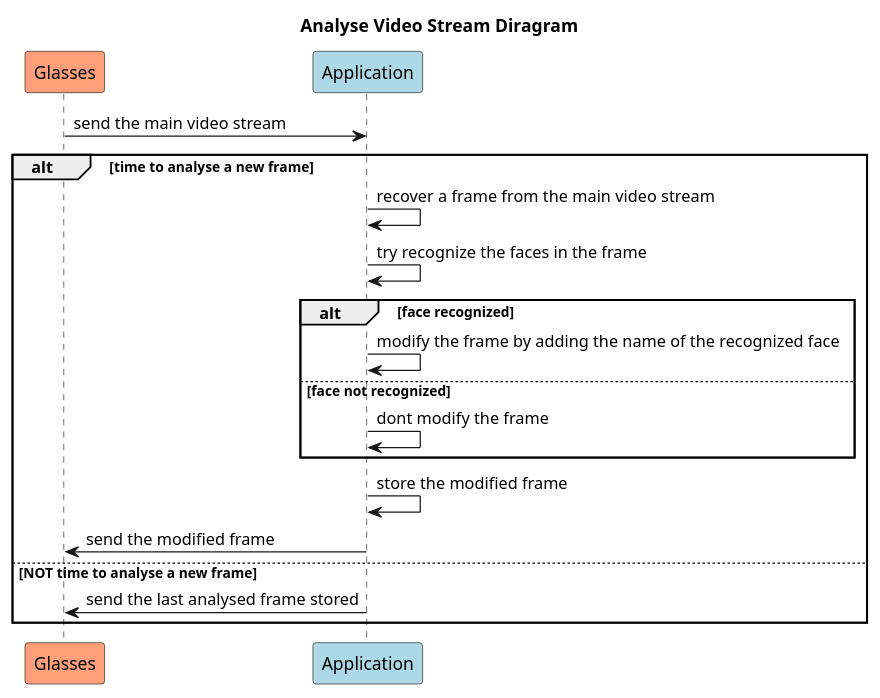
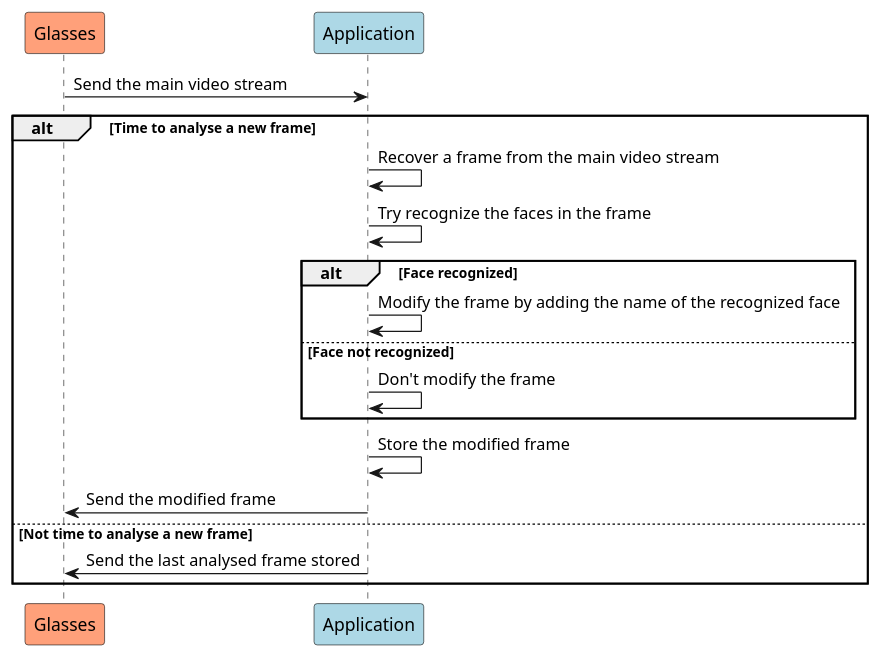
The diagram in sprint0/AnalyseVideo_sequenceDiagram.wsd (MariusLD/PROJET-ESIR2), drawn with PlantUML before and after one commit. The commit also changed 2 other files, not shown here.

```diff
--- a/sprint0/AnalyseVideo_sequenceDiagram.wsd
+++ b/sprint0/AnalyseVideo_sequenceDiagram.wsd
@@ -1,29 +1,29 @@
 @startuml
 skinparam actorStyle awesome
 
-title "Analyse Video Stream Diragram"
+'title "Analyse Video Stream Diragram"
 
 participant Glasses as G #LightSalmon
 participant Application as S #lightblue
 
-G -> S : send the main video stream
+G -> S : Send the main video stream
 
 
-alt time to analyse a new frame 
-    S -> S : recover a frame from the main video stream 
-    S -> S : try recognize the faces in the frame
+alt Time to analyse a new frame
+    S -> S : Recover a frame from the main video stream
+    S -> S : Try recognize the faces in the frame
 
-    alt face recognized
-        S -> S : modify the frame by adding the name of the recognized face    
-    else face not recognized
-        S -> S : dont modify the frame 
+    alt Face recognized
+        S -> S : Modify the frame by adding the name of the recognized face
+    else Face not recognized
+        S -> S : Don't modify the frame
     end
 
-    S -> S : store the modified frame
-    S -> G : send the modified frame
+    S -> S : Store the modified frame
+    S -> G : Send the modified frame
 
-else NOT time to analyse a new frame
-    S -> G : send the last analysed frame stored
+else Not time to analyse a new frame
+    S -> G : Send the last analysed frame stored
 end
 
 @enduml
```
